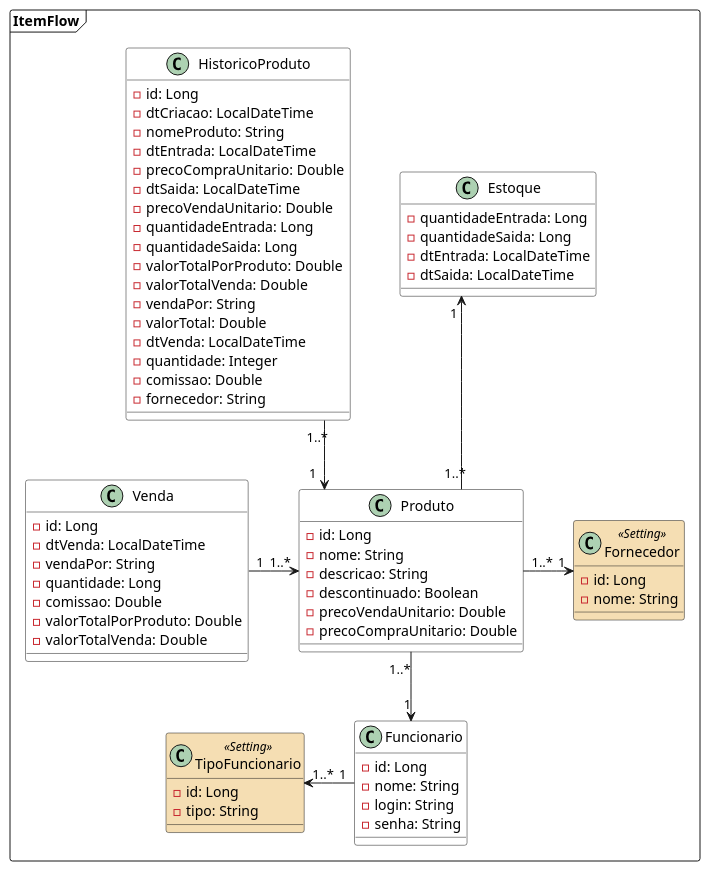
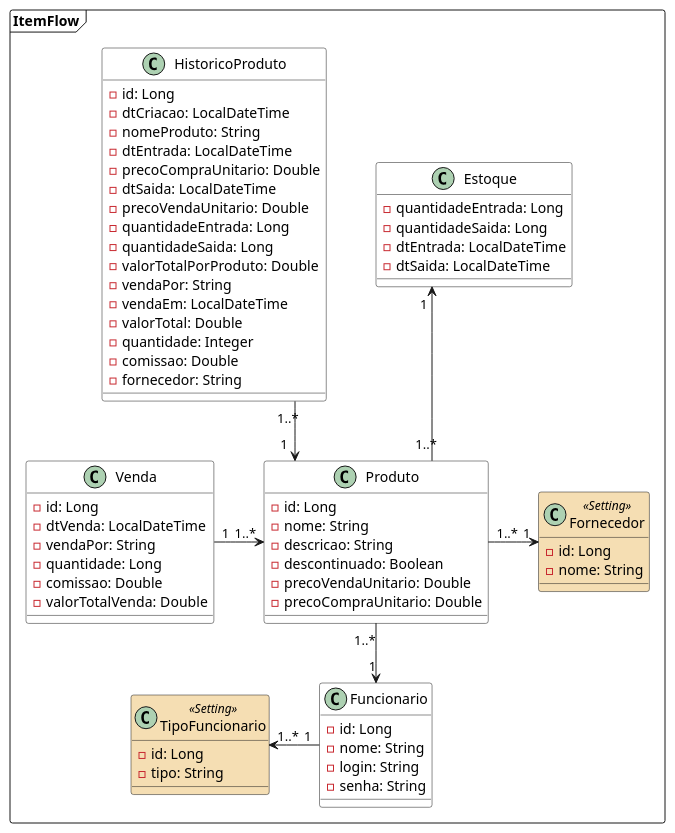
The diagram in src/main/resources/diagramas/class-diagram.puml (lauralves/sistema-stox-spring-boot-angular), drawn with PlantUML before and after one commit. The commit also changed 8 other files, not shown here.

```diff
--- a/src/main/resources/diagramas/class-diagram.puml
+++ b/src/main/resources/diagramas/class-diagram.puml
@@ -1,85 +1,83 @@
 @startuml
 'https://plantuml.com/class-diagram
 
 skinparam defaultFontName Droid Sans
 skinparam linetype ortho
 skinparam nodesep 50
 skinparam class {
     BackgroundColor White
     BackgroundColor<<Setting>> Wheat
 }
 
 set separator none
 package ItemFlow <<Frame>>{
     class Produto {
         - id: Long
         - nome: String
         - descricao: String
         - descontinuado: Boolean
         - precoVendaUnitario: Double
         - precoCompraUnitario: Double
 
     }
 
     class Estoque {
          - quantidadeEntrada: Long
          - quantidadeSaida: Long
          - dtEntrada: LocalDateTime
          - dtSaida: LocalDateTime
     }
 
     class Funcionario {
         - id: Long
         - nome: String
         - login: String
         - senha: String
     }
     class Venda{
         - id: Long
         - dtVenda: LocalDateTime
         - vendaPor: String
         - quantidade: Long
         - comissao: Double
-        - valorTotalPorProduto: Double
         - valorTotalVenda: Double
     }
 
     class HistoricoProduto {
         - id: Long
         - dtCriacao: LocalDateTime
         - nomeProduto: String
         - dtEntrada: LocalDateTime
         - precoCompraUnitario: Double
         - dtSaida: LocalDateTime
         - precoVendaUnitario: Double
         - quantidadeEntrada: Long
         - quantidadeSaida: Long
         - valorTotalPorProduto: Double
-        - valorTotalVenda: Double
         - vendaPor: String
+        - vendaEm: LocalDateTime
         - valorTotal: Double
-        - dtVenda: LocalDateTime
         - quantidade: Integer
         - comissao: Double
         - fornecedor: String
 
     }
     class Fornecedor <<Setting>>{
         - id: Long
         - nome: String
     }
     class TipoFuncionario <<Setting>> {
         - id: Long
         - tipo: String
     }
 
 
 Produto "1..*" --> "1" Funcionario
 Fornecedor "1" <-l- "1..*" Produto
 Funcionario "1" -l-> "1..*" TipoFuncionario
 HistoricoProduto "1..*" --> "1" "Produto"
 Produto "1..*" --u> "1" Estoque
 Venda "1" -r-> "1..*"Produto
 }
 
 @enduml
```
